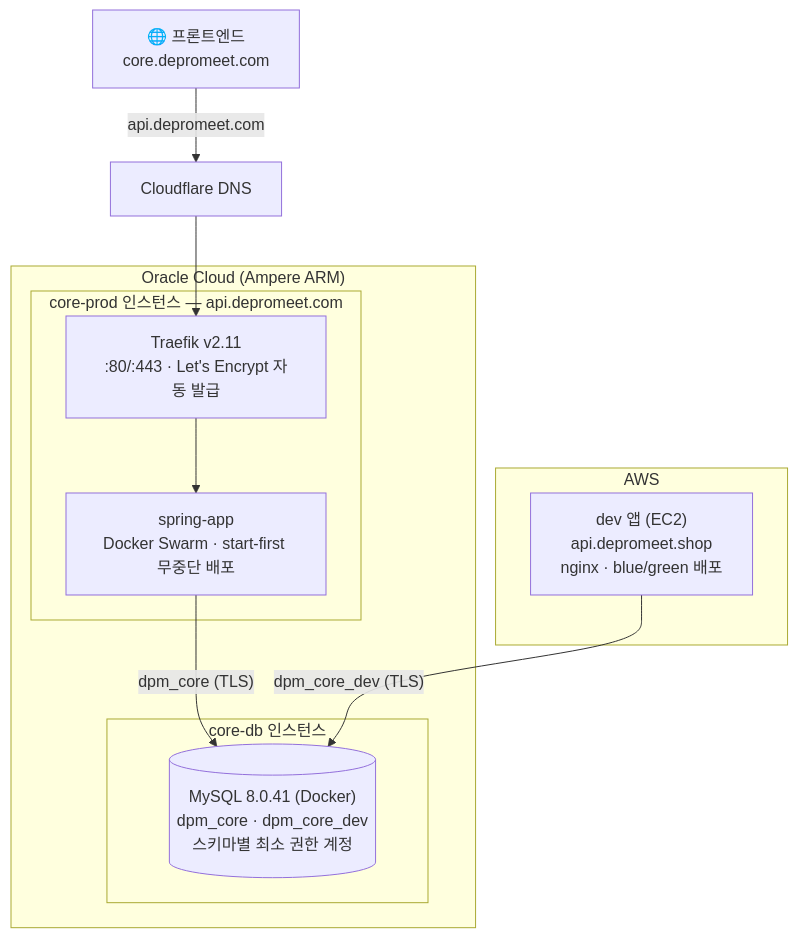
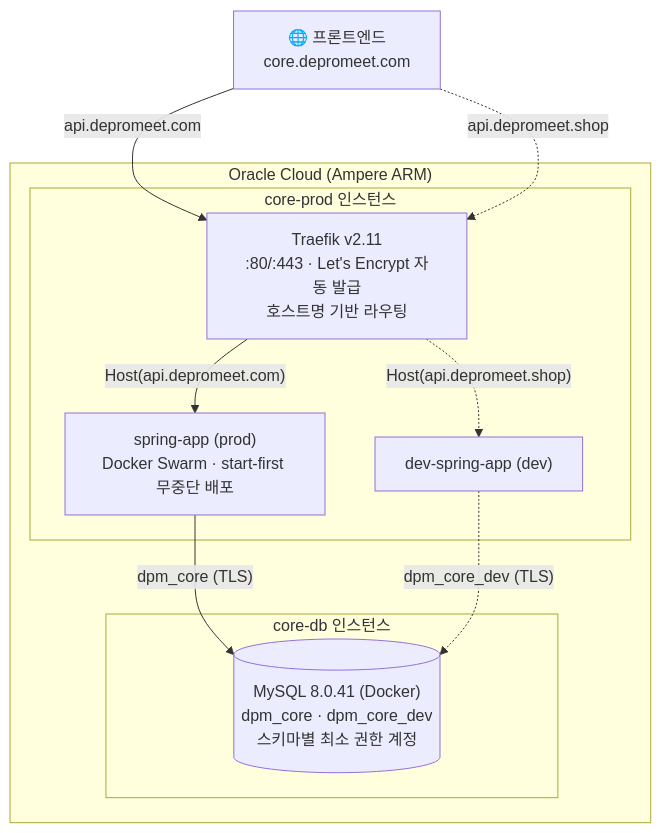
Before and after one commit to depromeet/dpm-core-server: the first of 2 diagrams in README.md, drawn with Mermaid. The commit also changed other lines of this file, not shown here.

Commit message:
docs: dev 앱 core-prod 이전 반영 (AWS 완전 철수 구조)
- 런타임 다이어그램: dev 앱을 EC2 → core-prod Swarm 서비스로 반영, Traefik 호스트명 라우팅 표기
- 배포 파이프라인: dev-cd도 core-prod stack deploy로 갱신

Claude-Session: https://claude.ai/code/session_01UecRL5sv9h9dsHLvXxS5u7

````diff
--- a/README.md
+++ b/README.md
@@ -31,23 +31,22 @@
 ```mermaid
 flowchart TB
     FE["🌐 프론트엔드<br/>core.depromeet.com"]
-    DNS["Cloudflare DNS"]
 
     subgraph ORACLE["Oracle Cloud (Ampere ARM)"]
-        subgraph PROD["core-prod 인스턴스 — api.depromeet.com"]
-            TRAEFIK["Traefik v2.11<br/>:80/:443 · Let's Encrypt 자동 발급"]
-            APP["spring-app<br/>Docker Swarm · start-first 무중단 배포"]
+        subgraph PROD["core-prod 인스턴스"]
+            TRAEFIK["Traefik v2.11<br/>:80/:443 · Let's Encrypt 자동 발급<br/>호스트명 기반 라우팅"]
+            APP["spring-app (prod)<br/>Docker Swarm · start-first 무중단 배포"]
+            DEVAPP["dev-spring-app (dev)"]
         end
         subgraph DBHOST["core-db 인스턴스"]
             MYSQL[("MySQL 8.0.41 (Docker)<br/>dpm_core · dpm_core_dev<br/>스키마별 최소 권한 계정")]
         end
     end
 
-    subgraph AWSCLOUD["AWS"]
-        DEVAPP["dev 앱 (EC2)<br/>api.depromeet.shop<br/>nginx · blue/green 배포"]
-    end
-
-    FE -->|api.depromeet.com| DNS --> TRAEFIK --> APP
+    FE -->|api.depromeet.com| TRAEFIK
+    FE -.->|api.depromeet.shop| TRAEFIK
+    TRAEFIK -->|"Host(api.depromeet.com)"| APP
+    TRAEFIK -.->|"Host(api.depromeet.shop)"| DEVAPP
     APP -->|"dpm_core (TLS)"| MYSQL
-    DEVAPP -->|"dpm_core_dev (TLS)"| MYSQL
+    DEVAPP -.->|"dpm_core_dev (TLS)"| MYSQL
 ```
````
